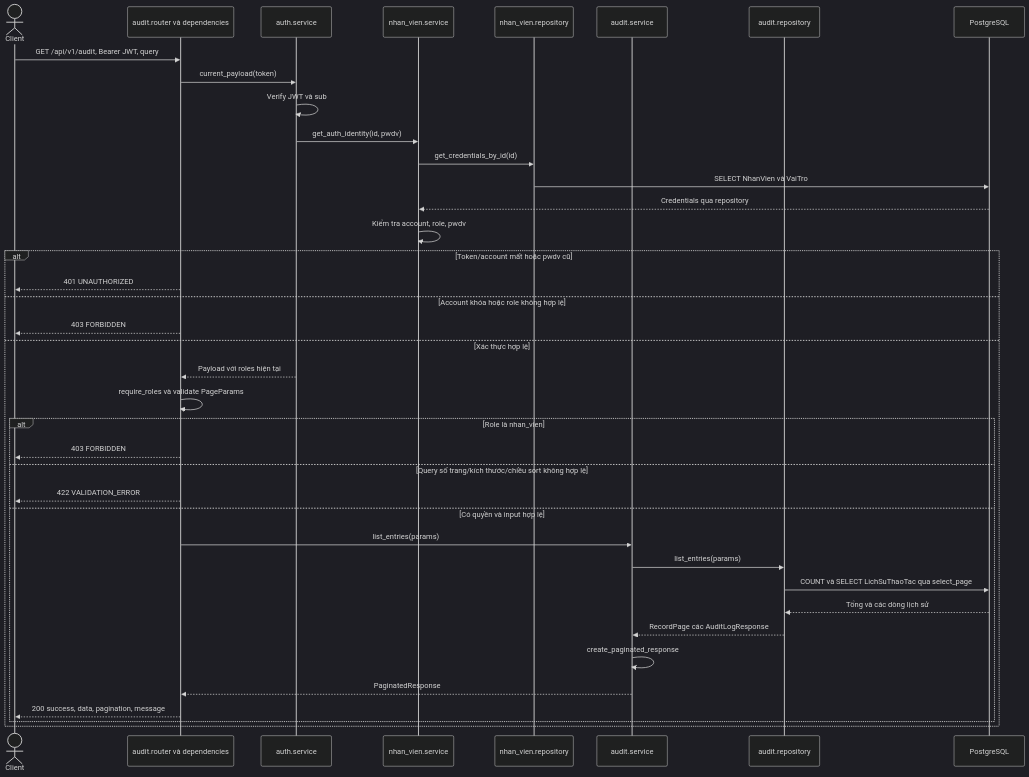
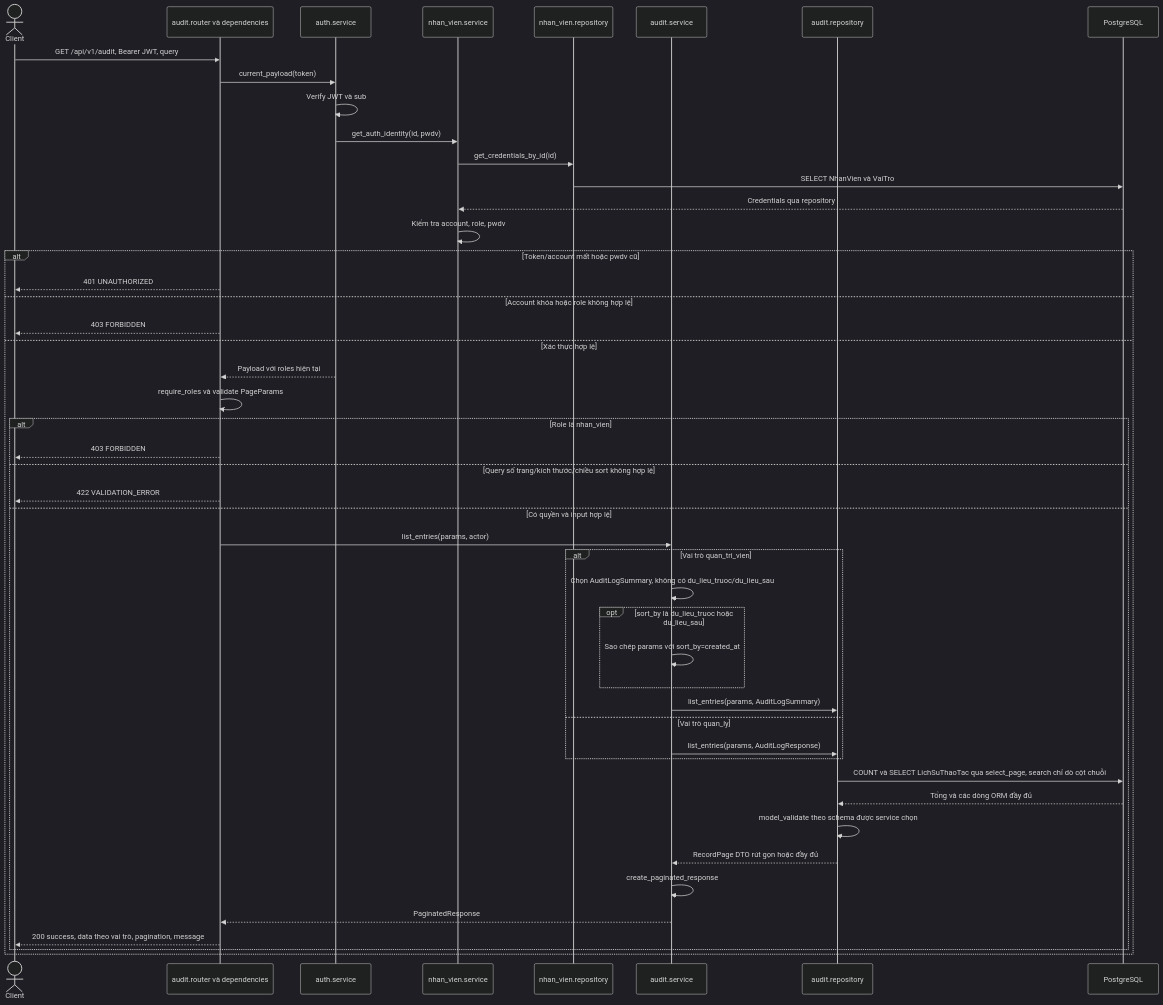
Before and after one commit to thanhklt/xbike-mrp-system: the diagram in docs/sequence/audit.md, drawn with Mermaid (dark theme). The commit also changed other lines of this file and 22 other files, not shown here.

````diff
--- a/docs/sequence/audit.md
+++ b/docs/sequence/audit.md
@@ -10,41 +10,50 @@
 ```mermaid
 sequenceDiagram
     actor C as Client
     participant R as audit.router và dependencies
     participant A as auth.service
     participant N as nhan_vien.service
     participant NP as nhan_vien.repository
     participant S as audit.service
     participant P as audit.repository
     participant DB as PostgreSQL
     C->>R: GET /api/v1/audit, Bearer JWT, query
     R->>A: current_payload(token)
     A->>A: Verify JWT và sub
     A->>N: get_auth_identity(id, pwdv)
     N->>NP: get_credentials_by_id(id)
     NP->>DB: SELECT NhanVien và VaiTro
     DB-->>N: Credentials qua repository
     N->>N: Kiểm tra account, role, pwdv
     alt Token/account mất hoặc pwdv cũ
         R-->>C: 401 UNAUTHORIZED
     else Account khóa hoặc role không hợp lệ
         R-->>C: 403 FORBIDDEN
     else Xác thực hợp lệ
         A-->>R: Payload với roles hiện tại
         R->>R: require_roles và validate PageParams
         alt Role là nhan_vien
             R-->>C: 403 FORBIDDEN
         else Query số trang/kích thước/chiều sort không hợp lệ
             R-->>C: 422 VALIDATION_ERROR
         else Có quyền và input hợp lệ
-            R->>S: list_entries(params)
-            S->>P: list_entries(params)
-            P->>DB: COUNT và SELECT LichSuThaoTac qua select_page
-            DB-->>P: Tổng và các dòng lịch sử
-            P-->>S: RecordPage các AuditLogResponse
+            R->>S: list_entries(params, actor)
+            alt Vai trò quan_tri_vien
+                S->>S: Chọn AuditLogSummary, không có du_lieu_truoc/du_lieu_sau
+                opt sort_by là du_lieu_truoc hoặc du_lieu_sau
+                    S->>S: Sao chép params với sort_by=created_at
+                end
+                S->>P: list_entries(params, AuditLogSummary)
+            else Vai trò quan_ly
+                S->>P: list_entries(params, AuditLogResponse)
+            end
+            P->>DB: COUNT và SELECT LichSuThaoTac qua select_page, search chỉ dò cột chuỗi
+            DB-->>P: Tổng và các dòng ORM đầy đủ
+            P->>P: model_validate theo schema được service chọn
+            P-->>S: RecordPage DTO rút gọn hoặc đầy đủ
             S->>S: create_paginated_response
             S-->>R: PaginatedResponse
-            R-->>C: 200 success, data, pagination, message
+            R-->>C: 200 success, data theo vai trò, pagination, message
         end
     end
 ```
````
